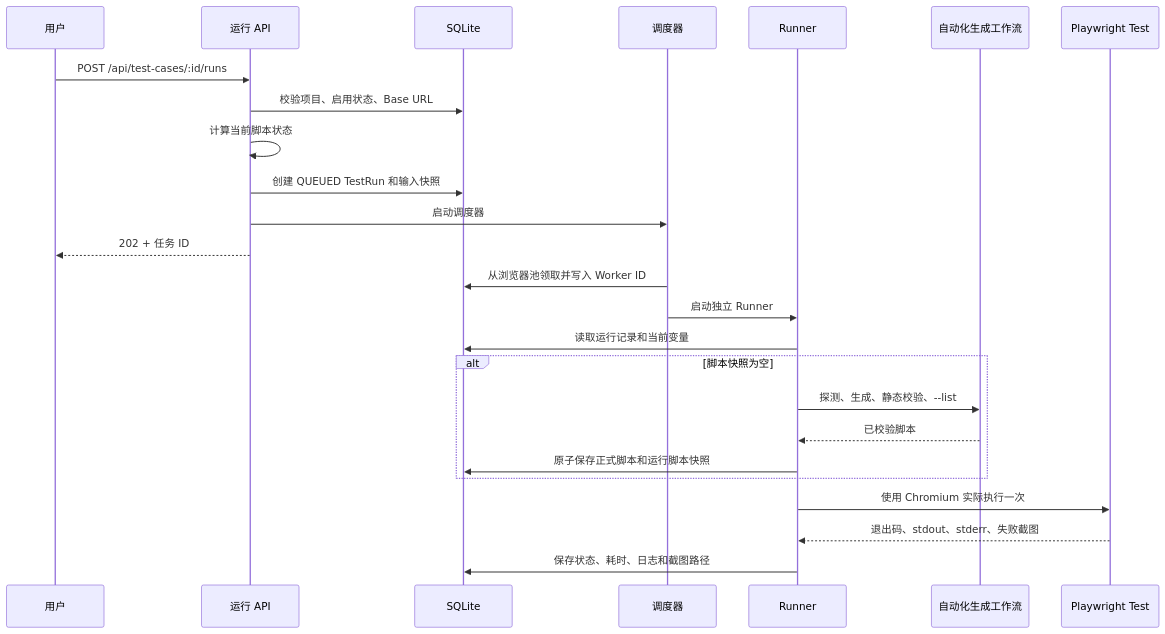
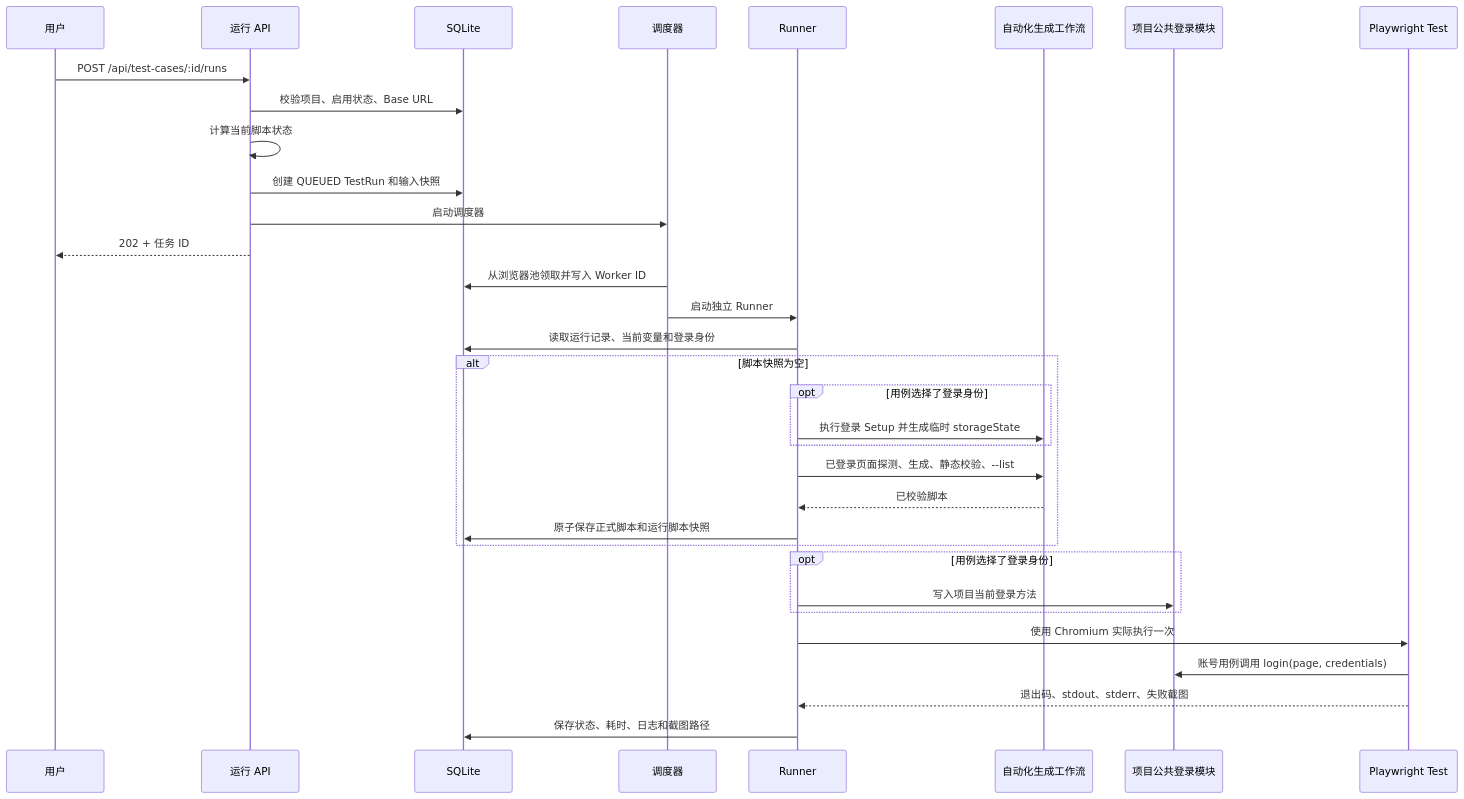
Before and after one commit to qianzgcn/spec-chain: the tenth of 10 diagrams in docs/代码架构与运行机制.md, drawn with Mermaid. The commit also changed other lines of this file and 42 other files, not shown here.

````diff
--- a/docs/代码架构与运行机制.md
+++ b/docs/代码架构与运行机制.md
@@ -1698,28 +1790,36 @@
 ```mermaid
 sequenceDiagram
   participant U as 用户
   participant API as 运行 API
   participant D as SQLite
   participant S as 调度器
   participant R as Runner
   participant A as 自动化生成工作流
+  participant L as 项目公共登录模块
   participant P as Playwright Test
 
   U->>API: POST /api/test-cases/:id/runs
   API->>D: 校验项目、启用状态、Base URL
   API->>API: 计算当前脚本状态
   API->>D: 创建 QUEUED TestRun 和输入快照
   API->>S: 启动调度器
   API-->>U: 202 + 任务 ID
   S->>D: 从浏览器池领取并写入 Worker ID
   S->>R: 启动独立 Runner
-  R->>D: 读取运行记录和当前变量
+  R->>D: 读取运行记录、当前变量和登录身份
   alt 脚本快照为空
-    R->>A: 探测、生成、静态校验、--list
+    opt 用例选择了登录身份
+      R->>A: 执行登录 Setup 并生成临时 storageState
+    end
+    R->>A: 已登录页面探测、生成、静态校验、--list
     A-->>R: 已校验脚本
     R->>D: 原子保存正式脚本和运行脚本快照
   end
+  opt 用例选择了登录身份
+    R->>L: 写入项目当前登录方法
+  end
   R->>P: 使用 Chromium 实际执行一次
+  P->>L: 账号用例调用 login(page, credentials)
   P-->>R: 退出码、stdout、stderr、失败截图
   R->>D: 保存状态、耗时、日志和截图路径
 ```
````
